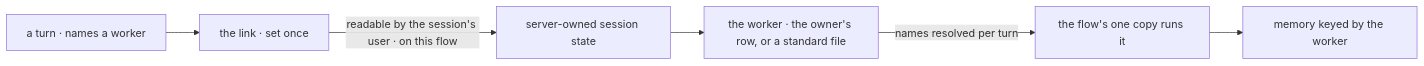
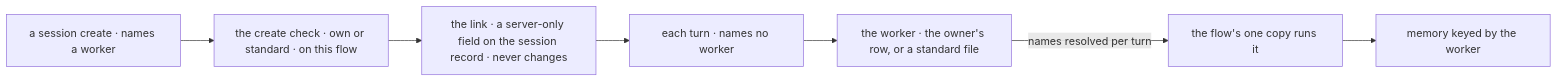
One commit to fixpoint-labs/flow-state-dev changed the second of 2 diagrams in specs/issues/FIX-1788/SPEC.md. Above: the diagram before and after it, drawn with Mermaid. The commit also changed other lines of this file and 9 other files, not shown here.

First line of the commit message:
spec(FIX-1788): amendment 1 · worker named at session create; fold round two

````diff
--- a/specs/issues/FIX-1788/SPEC.md
+++ b/specs/issues/FIX-1788/SPEC.md
@@ -75,8 +85,9 @@
 ```mermaid
 flowchart LR
-  T["a turn · names a worker"] --> L["the link · set once"]
-  L -->|"readable by the session's user · on this flow"| K["server-owned session state"]
-  K --> W["the worker · the owner's row, or a standard file"]
+  C["a session create · names a worker"] --> K["the create check · own or standard · on this flow"]
+  K --> L["the link · a server-only field on the session record · never changes"]
+  L --> T["each turn · names no worker"]
+  T --> W["the worker · the owner's row, or a standard file"]
   W -->|"names resolved per turn"| R["the flow's one copy runs it"]
   R --> M["memory keyed by the worker"]
 ```
````
